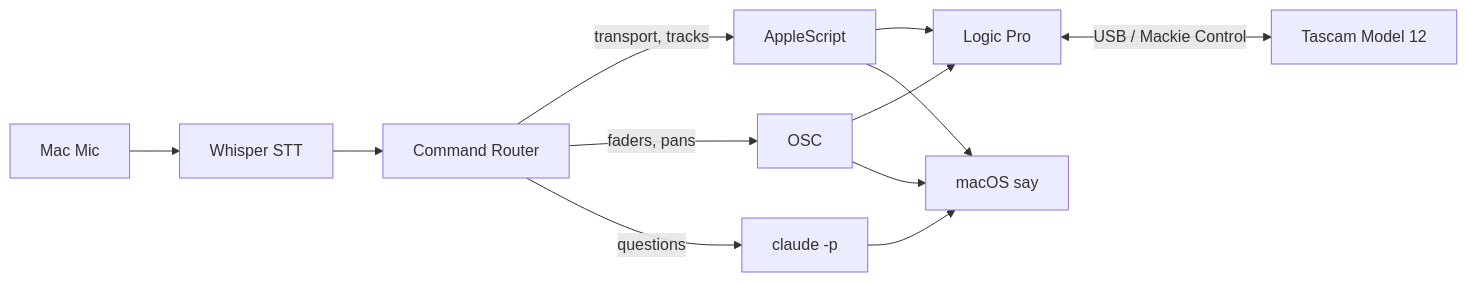
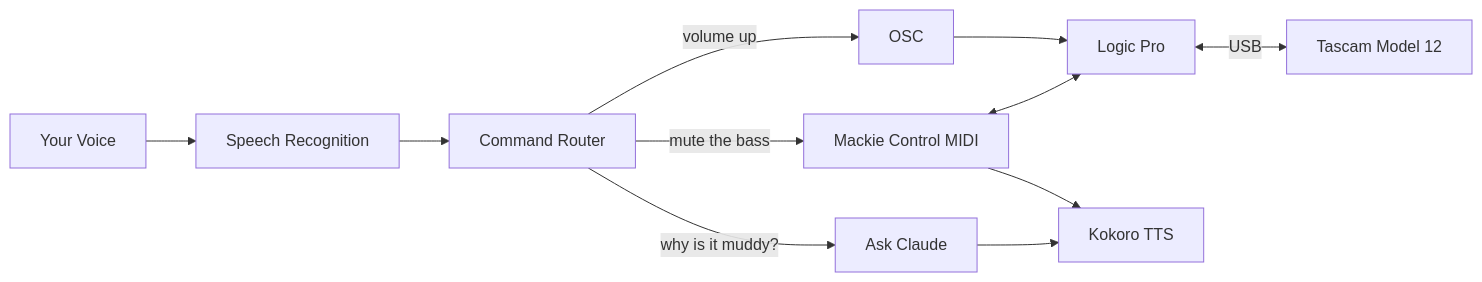
Before and after one commit to gustin/snarky: the diagram in README.md, drawn with Mermaid. The commit also changed other lines of this file and 2 other files, not shown here.

````diff
--- a/README.md
+++ b/README.md
@@ -15,17 +24,16 @@
 ```mermaid
 graph LR
-    Mic[Mac Mic] --> Whisper[Whisper STT]
-    Whisper --> Router[Command Router]
+    Mic[Your Voice] --> STT[Speech Recognition]
+    STT --> Router[Command Router]
 
-    Router -->|transport, tracks| AS[AppleScript]
-    Router -->|faders, pans| OSC[OSC]
-    Router -->|questions| Claude[claude -p]
+    Router -->|"mute the bass"| MCU[Mackie Control MIDI]
+    Router -->|"volume up"| OSC[OSC]
+    Router -->|"why is it muddy?"| Claude[Ask Claude]
 
-    AS --> Logic[Logic Pro]
+    MCU <--> Logic[Logic Pro]
     OSC --> Logic
-    Claude --> Say[macOS say]
-    AS --> Say
-    OSC --> Say
+    Claude --> TTS[Kokoro TTS]
+    MCU --> TTS
 
-    Logic <-->|USB / Mackie Control| Tascam[Tascam Model 12]
+    Logic <-->|USB| Tascam[Tascam Model 12]
 ```
````
